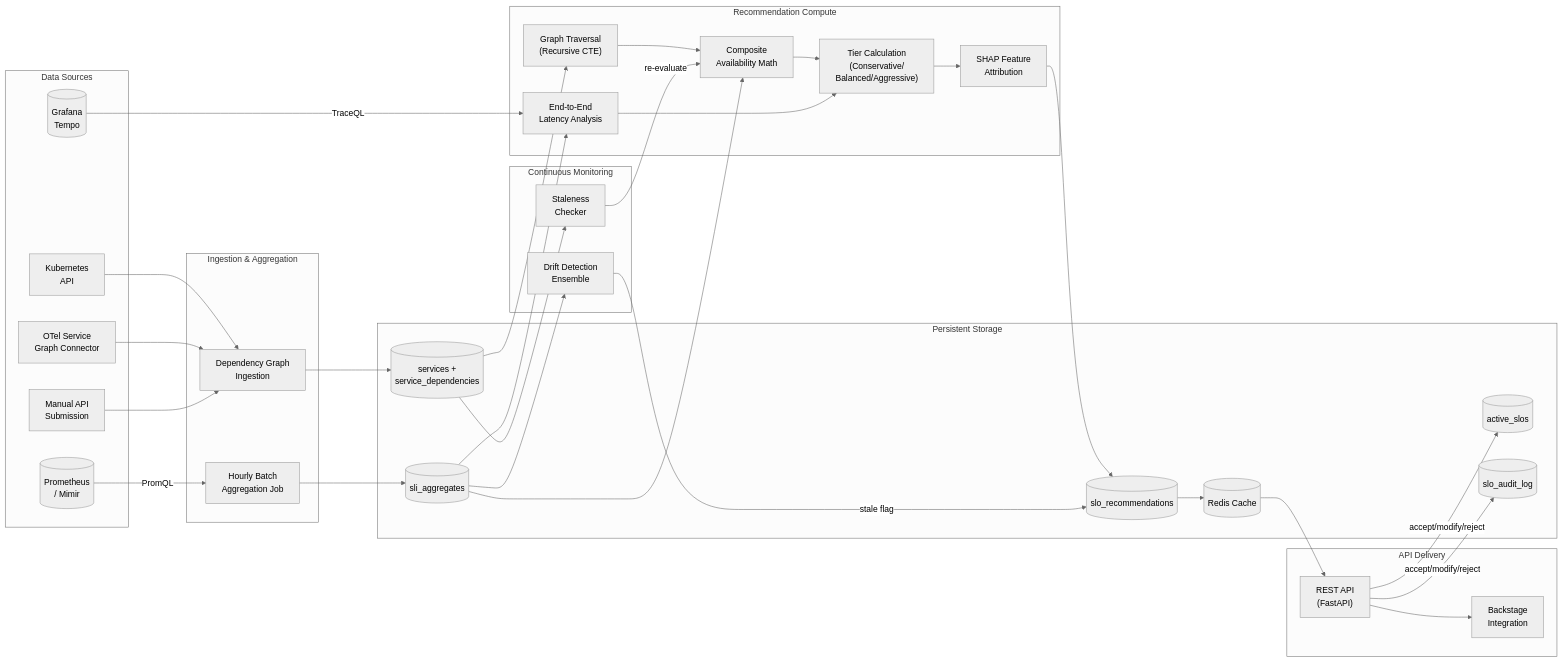
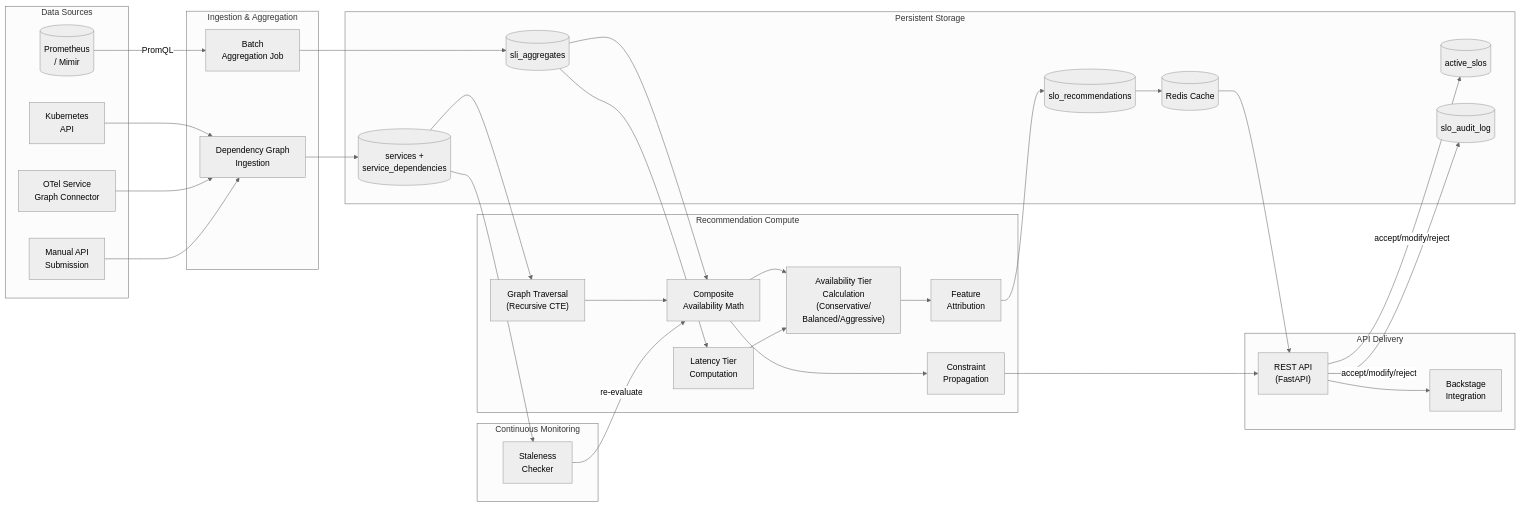
One commit to anant-gupta-utexas/slo-recommendation-engine changed the fourth of 8 diagrams in docs/2_architecture/system_design.md. Above: the diagram before and after it, drawn with Mermaid (neutral theme). The commit also changed other lines of this file, not shown here.

````diff
--- a/docs/2_architecture/system_design.md
+++ b/docs/2_architecture/system_design.md
@@ -279,71 +287,70 @@
 ```mermaid
 flowchart LR
     subgraph SOURCES["Data Sources"]
         PROM_SRC[("Prometheus<br/>/ Mimir")]
-        TEMPO_SRC[("Grafana<br/>Tempo")]
         K8S_SRC["Kubernetes<br/>API"]
         OTEL_SRC["OTel Service<br/>Graph Connector"]
         MANUAL["Manual API<br/>Submission"]
     end
 
     subgraph INGESTION["Ingestion & Aggregation"]
-        BATCH["Hourly Batch<br/>Aggregation Job"]
+        BATCH["Batch<br/>Aggregation Job"]
         GRAPH_INGEST["Dependency Graph<br/>Ingestion"]
     end
 
     subgraph STORAGE["Persistent Storage"]
         PG_AGG[("sli_aggregates")]
         PG_GRAPH[("services +<br/>service_dependencies")]
         PG_RECS[("slo_recommendations")]
         PG_SLOS[("active_slos")]
         PG_AUDIT[("slo_audit_log")]
         REDIS_CACHE[("Redis Cache")]
     end
 
     subgraph COMPUTE["Recommendation Compute"]
         GRAPH_TRAVERSE["Graph Traversal<br/>(Recursive CTE)"]
         COMPOSITE["Composite<br/>Availability Math"]
-        LATENCY["End-to-End<br/>Latency Analysis"]
-        TIERS["Tier Calculation<br/>(Conservative/<br/>Balanced/Aggressive)"]
-        SHAP_ENG["SHAP Feature<br/>Attribution"]
+        LATENCY["Latency Tier<br/>Computation"]
+        TIERS["Availability Tier<br/>Calculation<br/>(Conservative/<br/>Balanced/Aggressive)"]
+        ATTR_ENG["Feature<br/>Attribution"]
+        CONSTRAINT_ENG["Constraint<br/>Propagation"]
     end
 
     subgraph DELIVERY["API Delivery"]
         REST_API["REST API<br/>(FastAPI)"]
         BACKSTAGE_INT["Backstage<br/>Integration"]
     end
 
     subgraph CONTINUOUS["Continuous Monitoring"]
-        DRIFT_DET["Drift Detection<br/>Ensemble"]
         STALE_CHECK["Staleness<br/>Checker"]
     end
 
     PROM_SRC -->|PromQL| BATCH
-    TEMPO_SRC -->|TraceQL| LATENCY
     K8S_SRC --> GRAPH_INGEST
     OTEL_SRC --> GRAPH_INGEST
     MANUAL --> GRAPH_INGEST
 
     BATCH --> PG_AGG
     GRAPH_INGEST --> PG_GRAPH
 
     PG_AGG --> COMPOSITE & LATENCY
     PG_GRAPH --> GRAPH_TRAVERSE
     GRAPH_TRAVERSE --> COMPOSITE
 
     COMPOSITE --> TIERS
     LATENCY --> TIERS
-    TIERS --> SHAP_ENG
-    SHAP_ENG --> PG_RECS
+    TIERS --> ATTR_ENG
+    ATTR_ENG --> PG_RECS
     PG_RECS --> REDIS_CACHE
+
+    COMPOSITE --> CONSTRAINT_ENG
+    CONSTRAINT_ENG --> REST_API
 
     REDIS_CACHE --> REST_API
     REST_API --> BACKSTAGE_INT
 
     REST_API -->|accept/modify/reject| PG_SLOS & PG_AUDIT
 
-    PG_AGG --> DRIFT_DET
-    DRIFT_DET -->|stale flag| PG_RECS
     PG_GRAPH --> STALE_CHECK
     STALE_CHECK -->|re-evaluate| COMPOSITE
 ```
````
